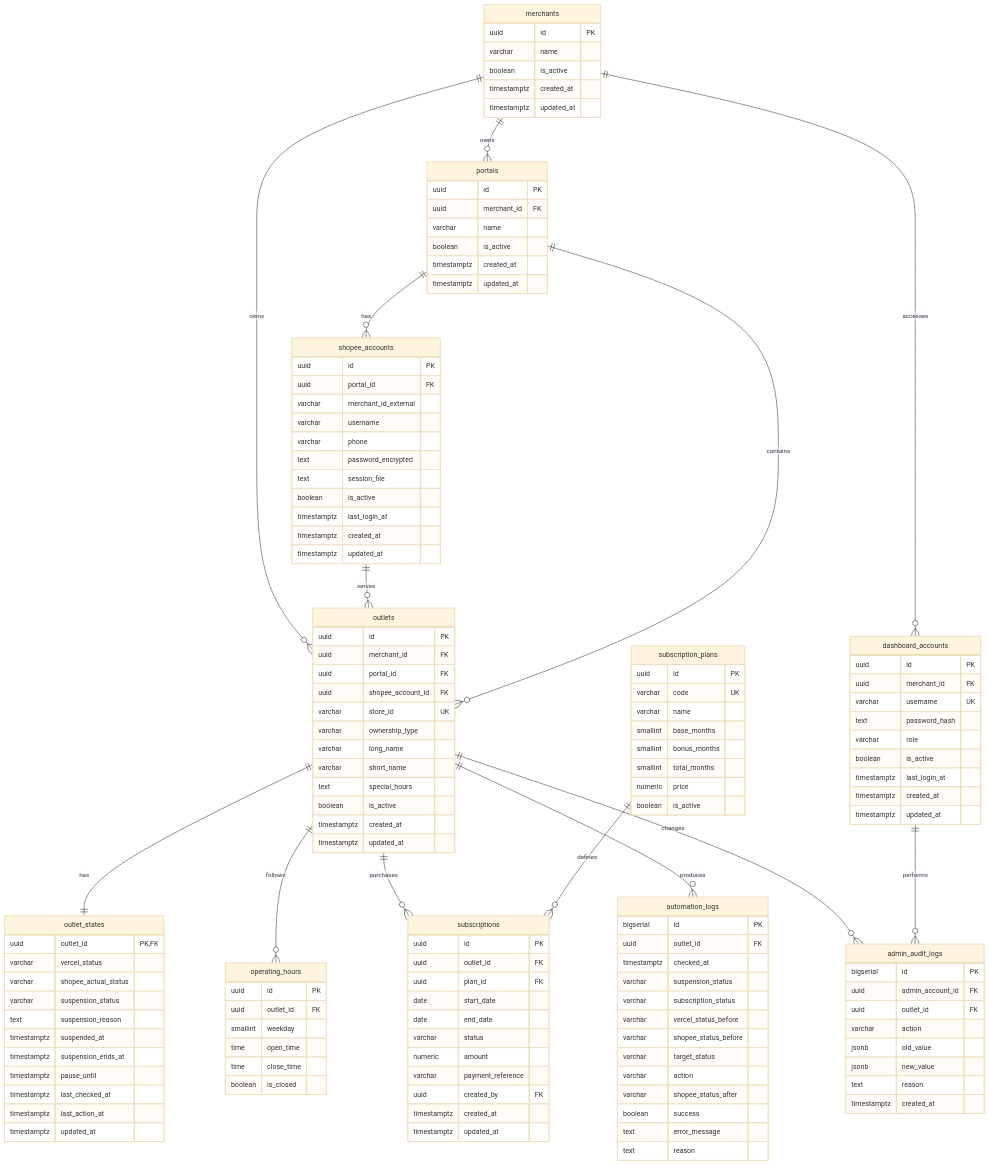
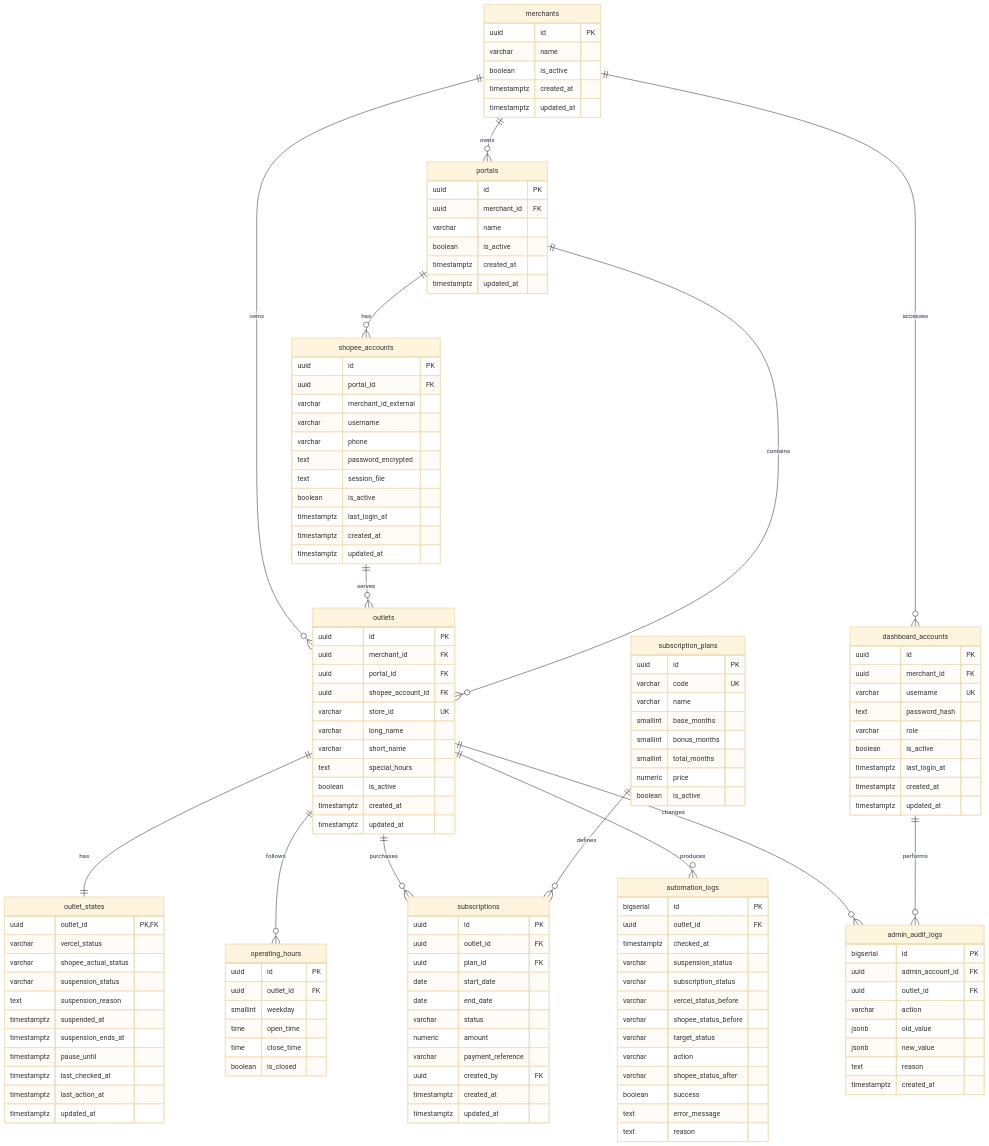
One commit to SuperfoodTech/bot-oc-v2 changed the diagram in erd.md. Above: the diagram before and after it, drawn with Mermaid (base theme). The commit also changed other lines of this file and 39 other files, not shown here.

```diff
--- a/erd.md
+++ b/erd.md
@@ -59,7 +59,6 @@
         uuid portal_id FK
         uuid shopee_account_id FK
         varchar store_id UK
-        varchar ownership_type
         varchar long_name
         varchar short_name
         text special_hours
```
